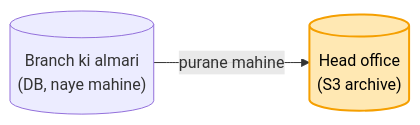
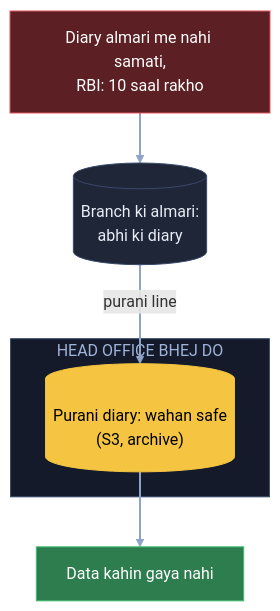
One commit to ArpanMaheshwari144/Prep changed diagram 12 of 20 in 04_HLD/SYSTEM_DESIGNS/13_banking_system/13_banking_system.md. Above: the diagram before and after it, drawn with Mermaid. The commit also changed other lines of this file, not shown here.

Commit message:
Banking: 20 diagram hand notes ke shabdon se (branch, register, diary, laptop, photocopy, chhotu)

````diff
--- a/04_HLD/SYSTEM_DESIGNS/13_banking_system/13_banking_system.md
+++ b/04_HLD/SYSTEM_DESIGNS/13_banking_system/13_banking_system.md
@@ -243,5 +384,18 @@
 ```mermaid
-flowchart LR
-    R[("Branch ki almari<br/>(DB, naye mahine)")] -- "purane mahine" --> H[("Head office<br/>(S3 archive)")]
-    style H fill:#ffe8b3,stroke:#f59f00,stroke-width:2px,color:#000
+flowchart TB
+    X["Diary almari me nahi samati,<br/>RBI: 10 saal rakho"]:::bad
+    B[("Branch ki almari:<br/>abhi ki diary")]:::card
+    subgraph HO["HEAD OFFICE BHEJ DO"]
+        S3[("Purani diary: wahan safe<br/>(S3, archive)")]:::pill
+    end
+    OK["Data kahin gaya nahi"]:::good
+    X --> B
+    B -- "purani line" --> S3
+    S3 --> OK
+    linkStyle default stroke:#8fa3c7,stroke-width:2px
+    classDef card fill:#1e2638,stroke:#3a4a6b,color:#e8ecf5
+    classDef pill fill:#f5c542,stroke:#f5c542,color:#000
+    classDef good fill:#2e7d4f,stroke:#3fbf6f,color:#fff
+    classDef bad fill:#5c1f24,stroke:#e05561,color:#fff
+    style HO fill:#141a29,stroke:#3a4a6b,color:#9fb3d9
 ```
````
